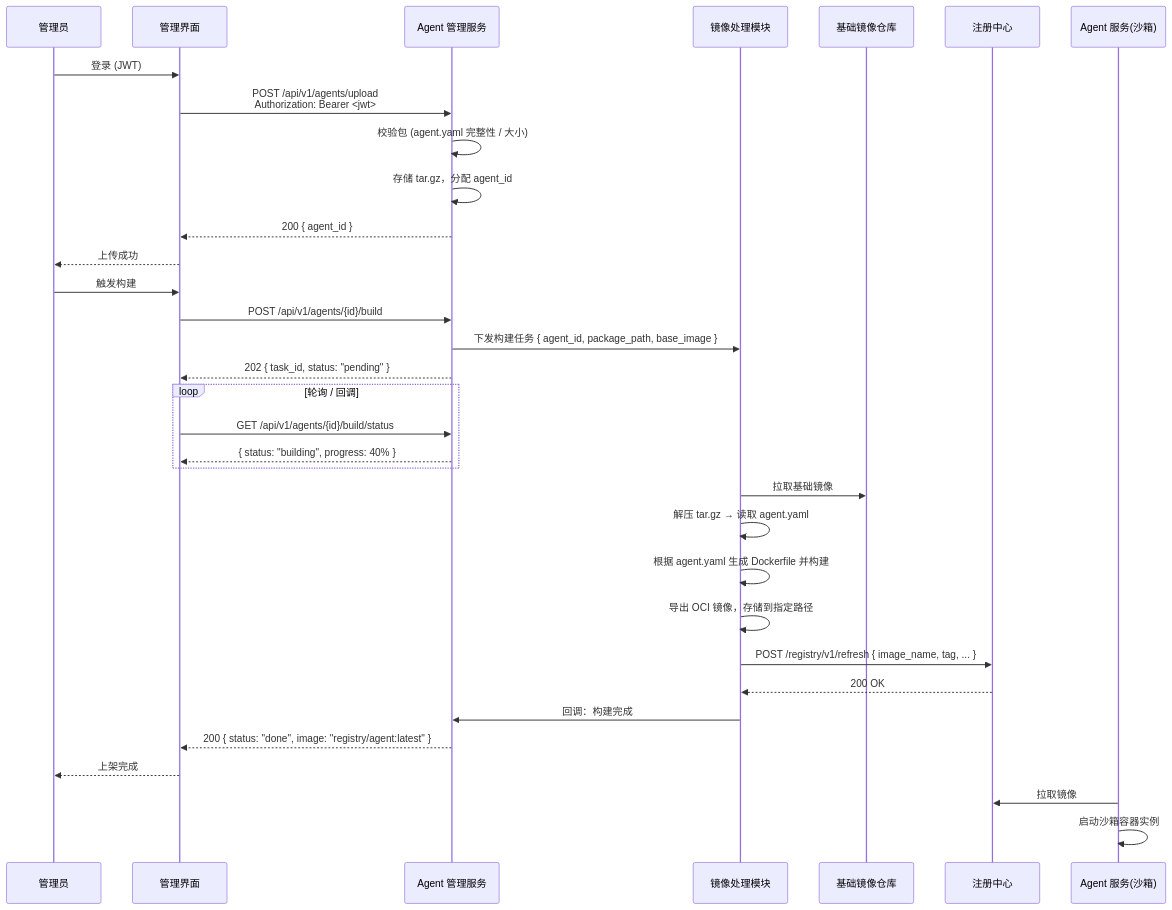
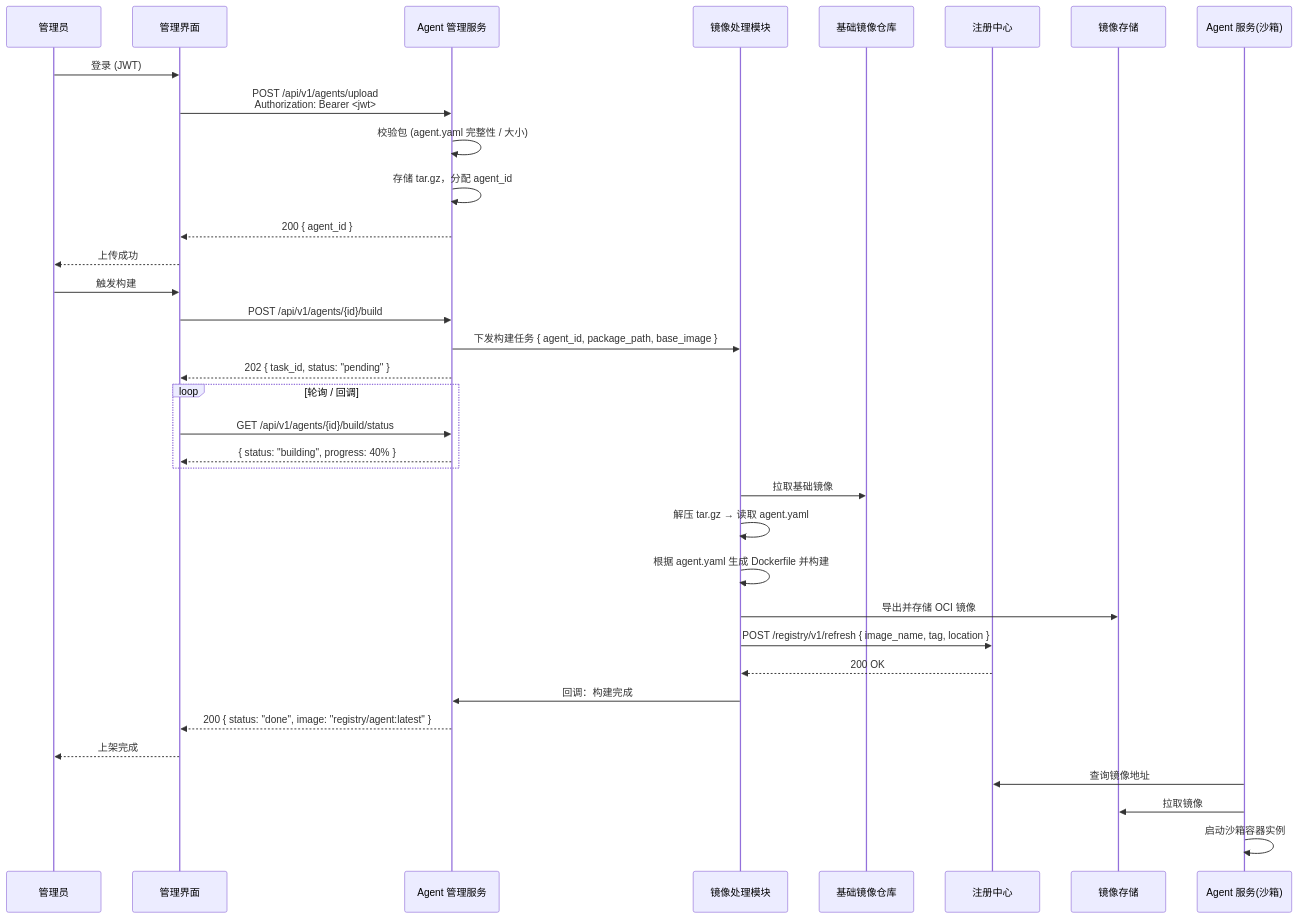
Before and after one commit to csoulnd/InferTechNote: the second of 3 diagrams in codeagent/docs/design/claude-code-offline-install.md, drawn with Mermaid. The commit also changed other lines of this file, not shown here.

Commit message:
docs: 修正注册中心职责描述（仅维护注册表），更新构建流程图为Mermaid格式

````diff
--- a/codeagent/docs/design/claude-code-offline-install.md
+++ b/codeagent/docs/design/claude-code-offline-install.md
@@ -84,40 +85,42 @@
 ```mermaid
 sequenceDiagram
     participant Admin as 管理员
     participant UI as 管理界面
     participant AM as Agent 管理服务
     participant BE as 镜像处理模块
     participant BR as 基础镜像仓库
     participant REG as 注册中心
+    participant STORE as 镜像存储
     participant SBOX as Agent 服务(沙箱)
 
     Admin->>UI: 登录 (JWT)
     UI->>AM: POST /api/v1/agents/upload<br/>Authorization: Bearer <jwt>
     AM->>AM: 校验包 (agent.yaml 完整性 / 大小)
     AM->>AM: 存储 tar.gz，分配 agent_id
     AM-->>UI: 200 { agent_id }
     UI-->>Admin: 上传成功
 
     Admin->>UI: 触发构建
     UI->>AM: POST /api/v1/agents/{id}/build
     AM->>BE: 下发构建任务 { agent_id, package_path, base_image }
     AM-->>UI: 202 { task_id, status: "pending" }
 
     loop 轮询 / 回调
         UI->>AM: GET /api/v1/agents/{id}/build/status
         AM-->>UI: { status: "building", progress: 40% }
     end
 
     BE->>BR: 拉取基础镜像
     BE->>BE: 解压 tar.gz → 读取 agent.yaml
     BE->>BE: 根据 agent.yaml 生成 Dockerfile 并构建
-    BE->>BE: 导出 OCI 镜像，存储到指定路径
-    BE->>REG: POST /registry/v1/refresh { image_name, tag, ... }
+    BE->>STORE: 导出并存储 OCI 镜像
+    BE->>REG: POST /registry/v1/refresh { image_name, tag, location }
     REG-->>BE: 200 OK
     BE->>AM: 回调：构建完成
     AM-->>UI: 200 { status: "done", image: "registry/agent:latest" }
     UI-->>Admin: 上架完成
 
-    SBOX->>REG: 拉取镜像
+    SBOX->>REG: 查询镜像地址
+    SBOX->>STORE: 拉取镜像
     SBOX->>SBOX: 启动沙箱容器实例
 ```
````
